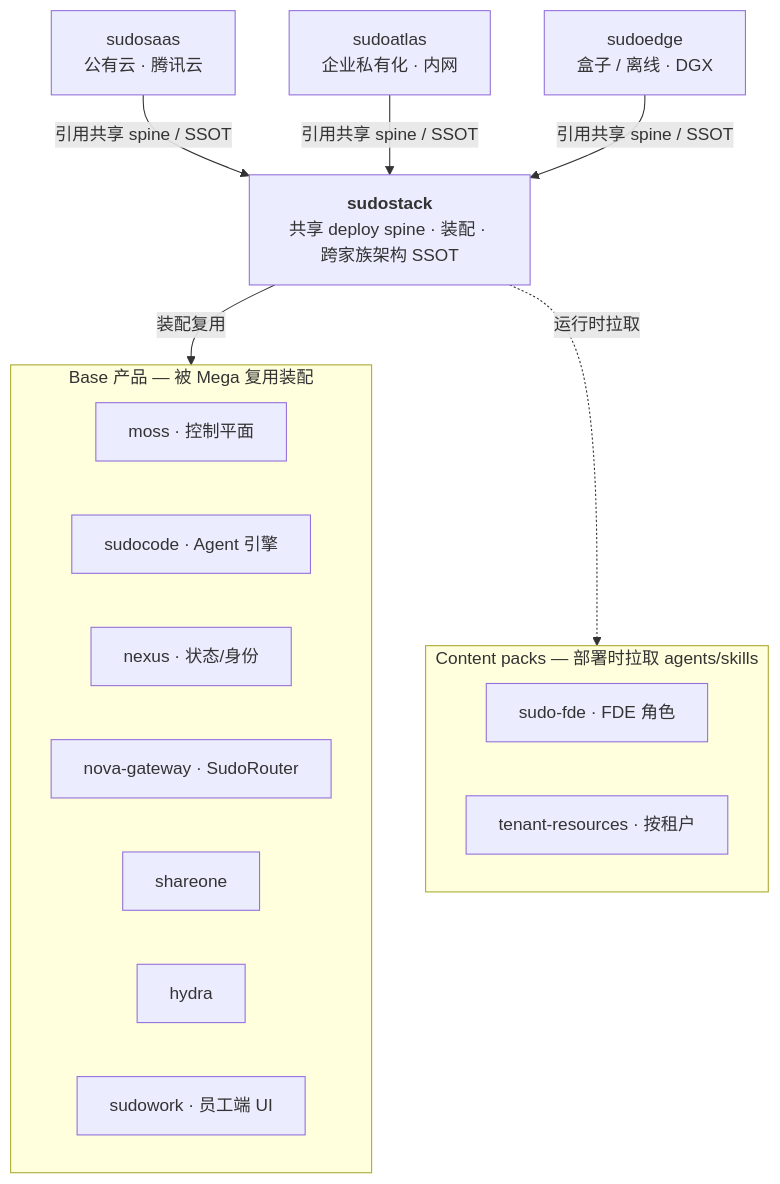
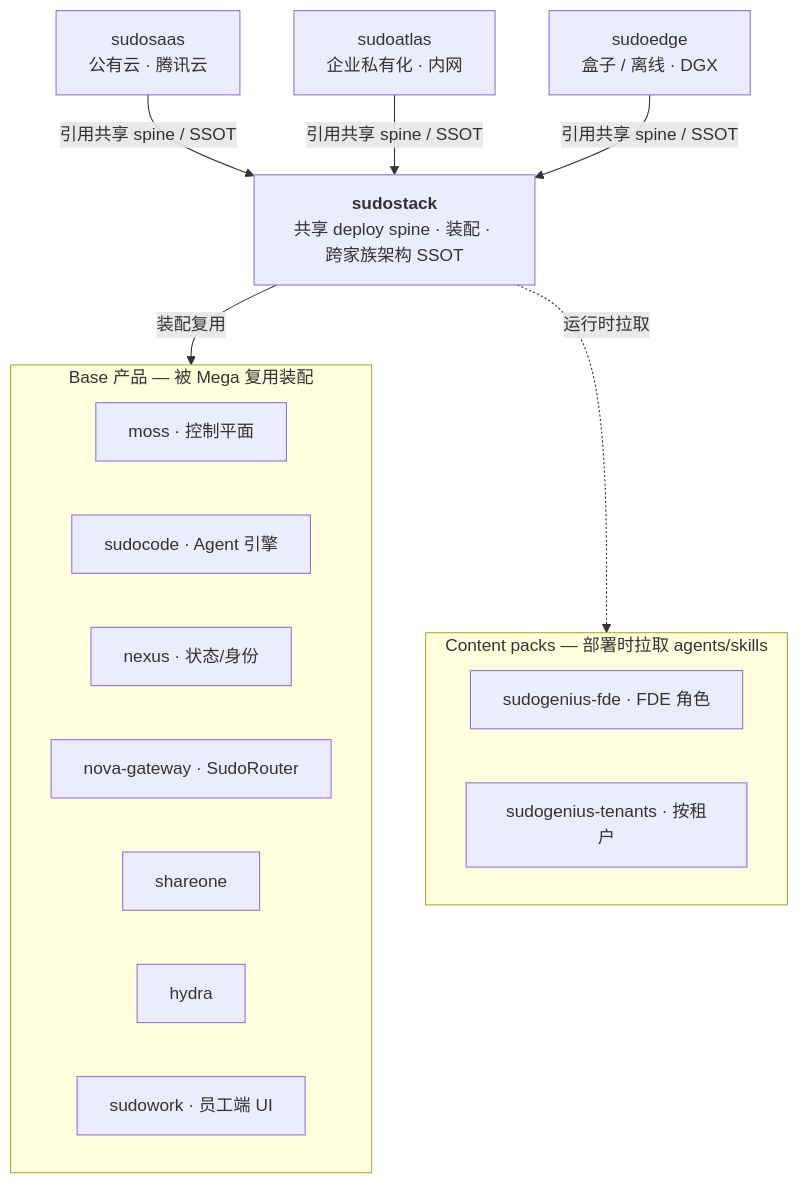
One commit to sudoprivacy/sudostack changed the diagram in README.md. Above: the diagram before and after it, drawn with Mermaid.

Commit message:
docs: update content-pack repo names (sudo-fde→sudogenius-fde, tenant-resources→sudogenius-tenants)

````diff
--- a/README.md
+++ b/README.md
@@ -20,31 +20,31 @@
 ```mermaid
 flowchart TB
   SAAS["sudosaas<br/>公有云 · 腾讯云"]
   ATLAS["sudoatlas<br/>企业私有化 · 内网"]
   EDGE["sudoedge<br/>盒子 / 离线 · DGX"]
 
   STACK["<b>sudostack</b><br/>共享 deploy spine · 装配 · 跨家族架构 SSOT"]
 
   subgraph BASE["Base 产品 — 被 Mega 复用装配"]
     direction LR
     MOSS["moss · 控制平面"]
     SCODE["sudocode · Agent 引擎"]
     NEXUS["nexus · 状态/身份"]
     ROUTER["nova-gateway · SudoRouter"]
     SHARE["shareone"]
     HYDRA["hydra"]
     SW["sudowork · 员工端 UI"]
   end
 
   subgraph PACKS["Content packs — 部署时拉取 agents/skills"]
     direction LR
-    FDE["sudo-fde · FDE 角色"]
-    TEN["tenant-resources · 按租户"]
+    FDE["sudogenius-fde · FDE 角色"]
+    TEN["sudogenius-tenants · 按租户"]
   end
 
   SAAS -->|引用共享 spine / SSOT| STACK
   ATLAS -->|引用共享 spine / SSOT| STACK
   EDGE -->|引用共享 spine / SSOT| STACK
   STACK -->|装配复用| BASE
   STACK -.->|运行时拉取| PACKS
 ```
````
